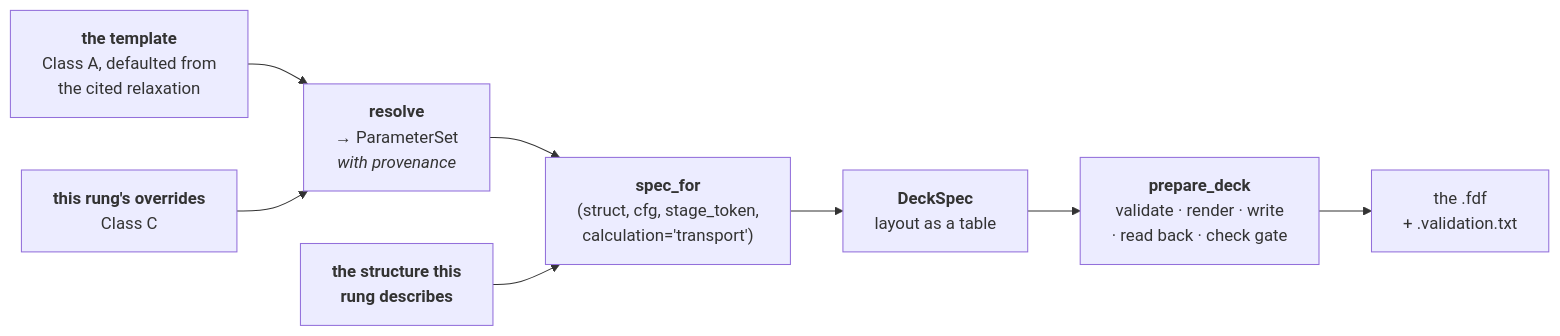
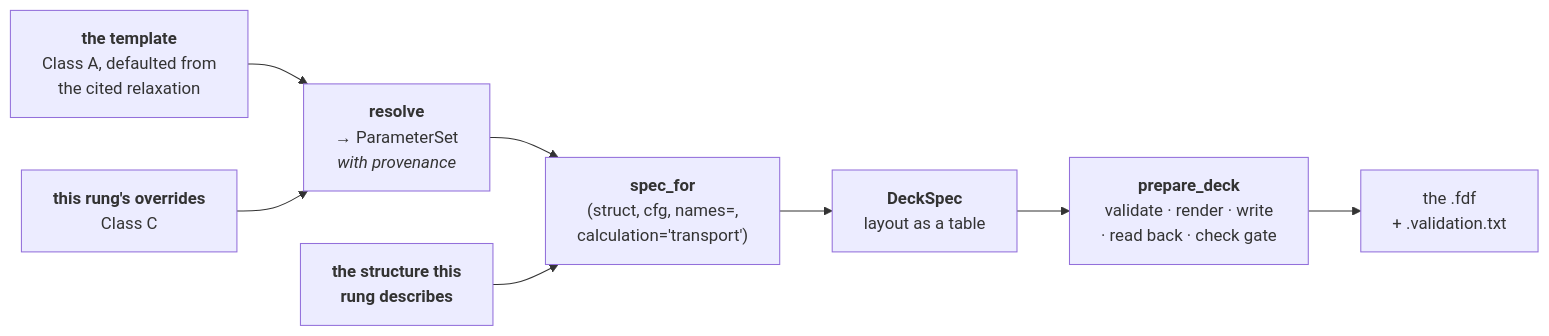
The tenth of 13 diagrams in docs/engines/transport.md (Qing-LAB/molbuilder), drawn with Mermaid before and after one commit. The commit also changed other lines of this file and 43 other files, not shown here.

````diff
--- a/docs/engines/transport.md
+++ b/docs/engines/transport.md
@@ -1705,12 +1705,12 @@
 ```mermaid
 flowchart LR
     T["<b>the template</b><br/>Class A, defaulted from<br/>the cited relaxation"]
     O["<b>this rung's overrides</b><br/>Class C"]
     T --> R["<b>resolve</b><br/>→ ParameterSet<br/><i>with provenance</i>"]
     O --> R
-    R --> S["<b>spec_for</b><br/>(struct, cfg, stage_token,<br/>calculation='transport')"]
+    R --> S["<b>spec_for</b><br/>(struct, cfg, names=,<br/>calculation='transport')"]
     ST["<b>the structure this<br/>rung describes</b>"] --> S
     S --> D["<b>DeckSpec</b><br/>layout as a table"]
     D --> P["<b>prepare_deck</b><br/>validate · render · write<br/>· read back · check gate"]
     P --> F["the .fdf<br/>+ .validation.txt"]
 ```
````
